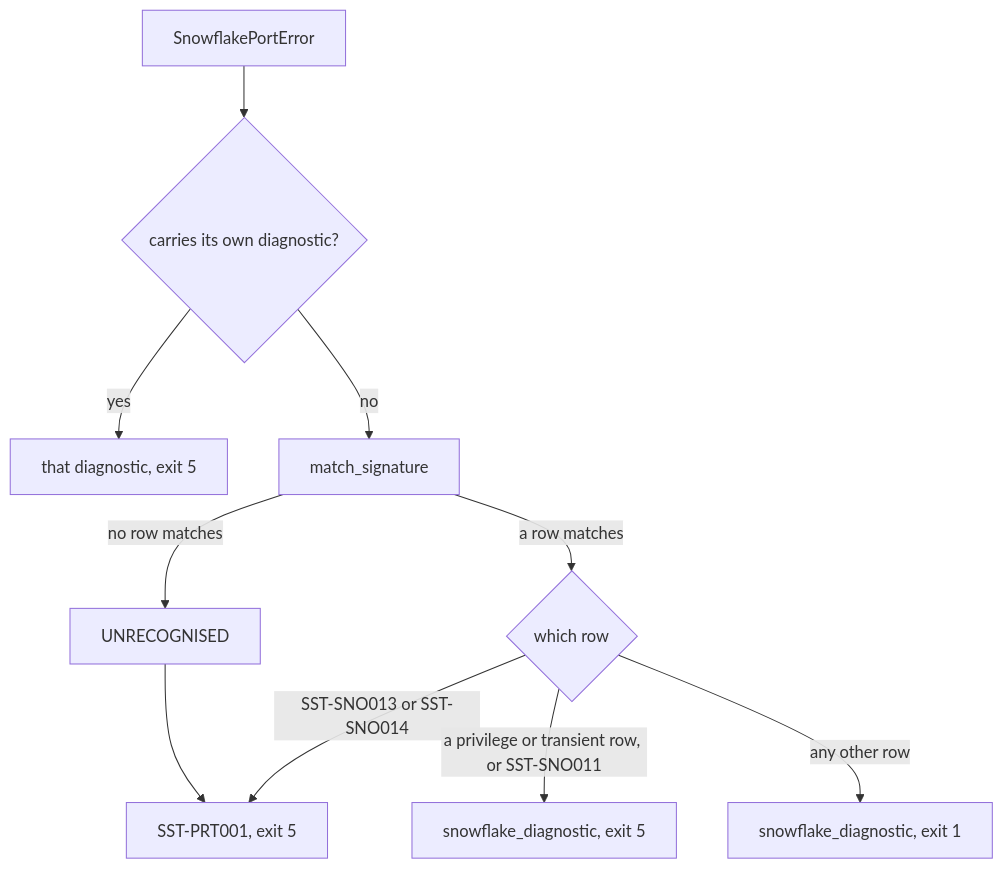
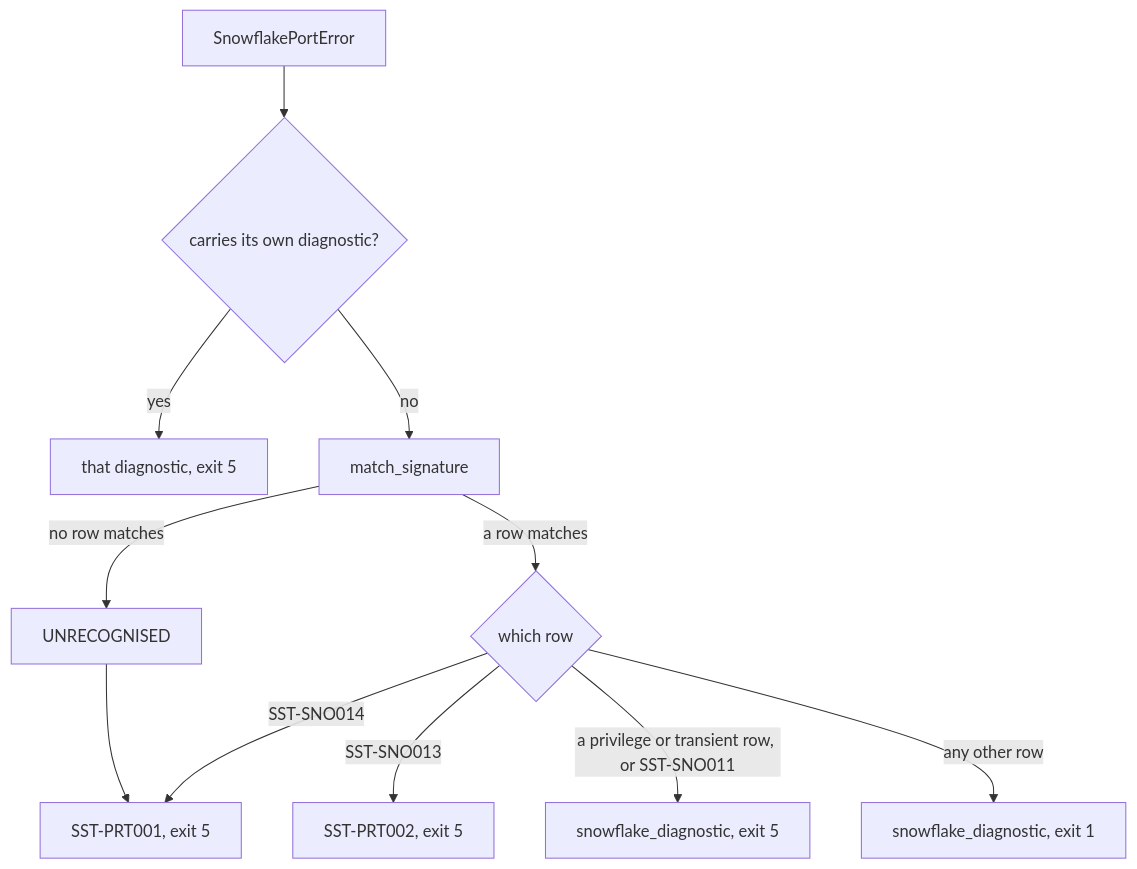
Before and after one commit to WhoopInc/snowflake-semantic-tools: the second of 2 diagrams in docs/design/diagnostics.md, drawn with Mermaid. The commit also changed other lines of this file and 7 other files, not shown here.

Commit message:
fix: report a rejected login that reaches the command guard as SST-PRT002, the code for a rejected credential, as connecting already does

````diff
--- a/docs/design/diagnostics.md
+++ b/docs/design/diagnostics.md
@@ -275,12 +275,13 @@
 ```mermaid
 flowchart TD
     port["SnowflakePortError"] --> own{"carries its own diagnostic?"}
     own -- yes --> reported["that diagnostic, exit 5"]
     own -- no --> match["match_signature"]
     match -- "no row matches" --> unrecognised["UNRECOGNISED"]
     match -- "a row matches" --> row{"which row"}
     unrecognised --> prt["SST-PRT001, exit 5"]
-    row -- "SST-SNO013 or SST-SNO014" --> prt
+    row -- "SST-SNO014" --> prt
+    row -- "SST-SNO013" --> auth["SST-PRT002, exit 5"]
     row -- "a privilege or transient row, or SST-SNO011" --> five["snowflake_diagnostic, exit 5"]
     row -- "any other row" --> one["snowflake_diagnostic, exit 1"]
 ```
````
